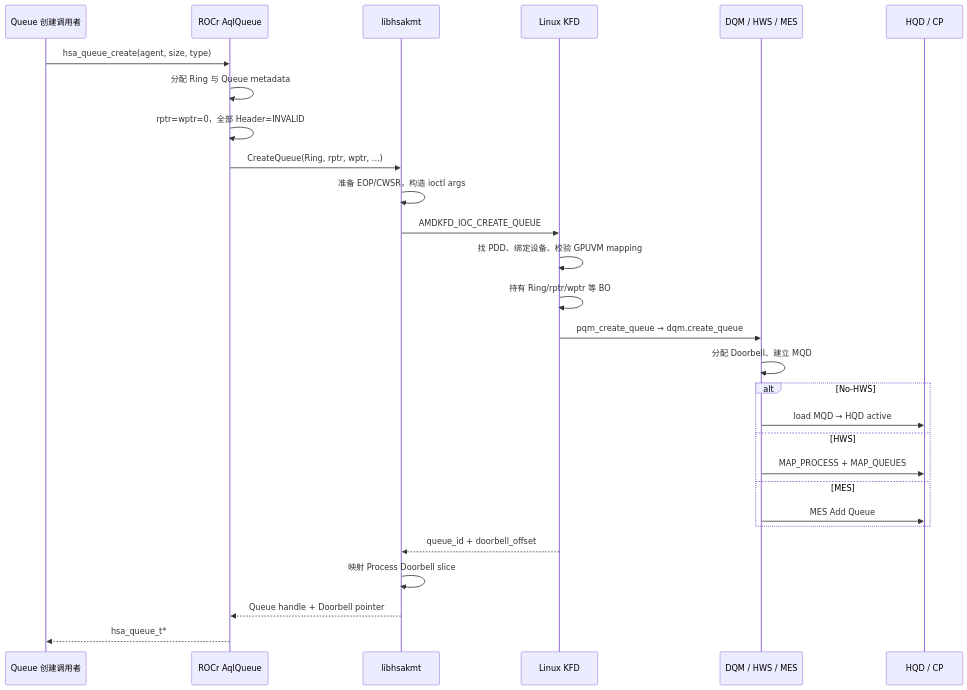
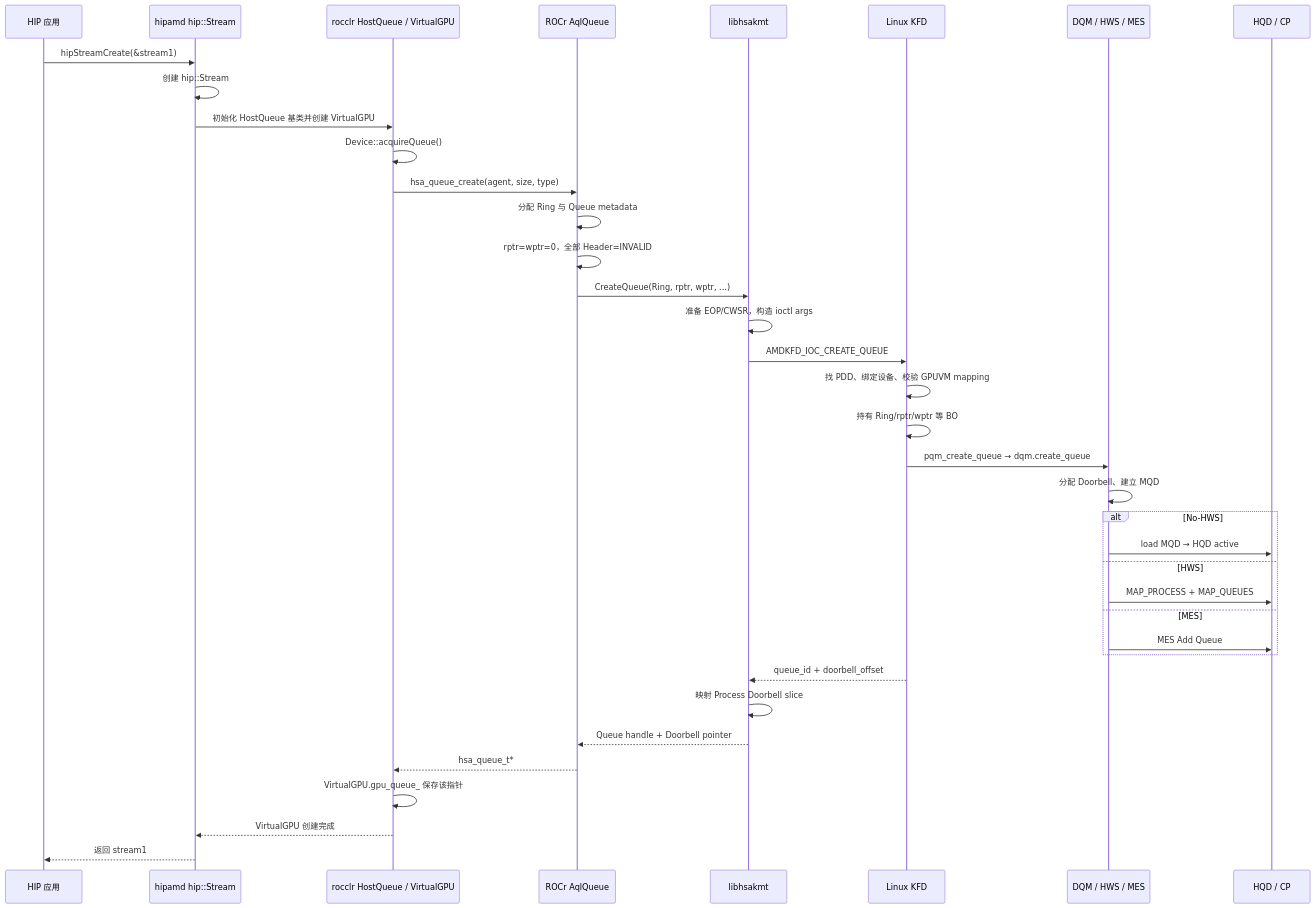
One commit to hxfei-git/gpu-study changed the sixth of 8 diagrams in 03_AMD GPU 队列与 AQL Dispatch.md. Above: the diagram before and after it, drawn with Mermaid. The commit also changed other lines of this file and 1 other file, not shown here.

Commit message:
docs(queue): clarify creation, residency, and lifecycle

````diff
--- a/03_AMD GPU 队列与 AQL Dispatch.md
+++ b/03_AMD GPU 队列与 AQL Dispatch.md
@@ -4047,31 +4447,40 @@
 ```mermaid
 sequenceDiagram
-    participant App as Queue 创建调用者
+    participant App as HIP 应用
+    participant HIP as hipamd hip::Stream
+    participant CLR as rocclr HostQueue / VirtualGPU
     participant ROCr as ROCr AqlQueue
     participant KMT as libhsakmt
     participant KFD as Linux KFD
     participant DQM as DQM / HWS / MES
     participant GPU as HQD / CP
 
-    App->>ROCr: hsa_queue_create(agent, size, type)
+    App->>HIP: hipStreamCreate(&stream1)
+    HIP->>HIP: 创建 hip::Stream
+    HIP->>CLR: 初始化 HostQueue 基类并创建 VirtualGPU
+    CLR->>CLR: Device::acquireQueue()
+    CLR->>ROCr: hsa_queue_create(agent, size, type)
     ROCr->>ROCr: 分配 Ring 与 Queue metadata
     ROCr->>ROCr: rptr=wptr=0，全部 Header=INVALID
     ROCr->>KMT: CreateQueue(Ring, rptr, wptr, ...)
     KMT->>KMT: 准备 EOP/CWSR，构造 ioctl args
     KMT->>KFD: AMDKFD_IOC_CREATE_QUEUE
     KFD->>KFD: 找 PDD、绑定设备、校验 GPUVM mapping
     KFD->>KFD: 持有 Ring/rptr/wptr 等 BO
     KFD->>DQM: pqm_create_queue → dqm.create_queue
     DQM->>DQM: 分配 Doorbell、建立 MQD
     alt No-HWS
         DQM->>GPU: load MQD → HQD active
     else HWS
         DQM->>GPU: MAP_PROCESS + MAP_QUEUES
     else MES
         DQM->>GPU: MES Add Queue
     end
     KFD-->>KMT: queue_id + doorbell_offset
     KMT->>KMT: 映射 Process Doorbell slice
     KMT-->>ROCr: Queue handle + Doorbell pointer
-    ROCr-->>App: hsa_queue_t*
+    ROCr-->>CLR: hsa_queue_t*
+    CLR->>CLR: VirtualGPU.gpu_queue_ 保存该指针
+    CLR-->>HIP: VirtualGPU 创建完成
+    HIP-->>App: 返回 stream1
 ```
````
